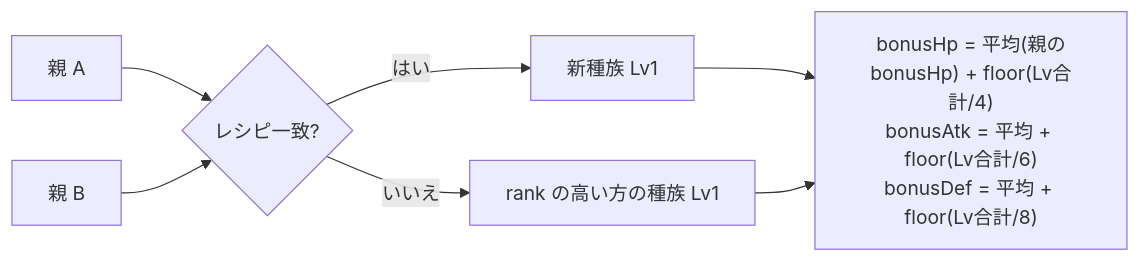
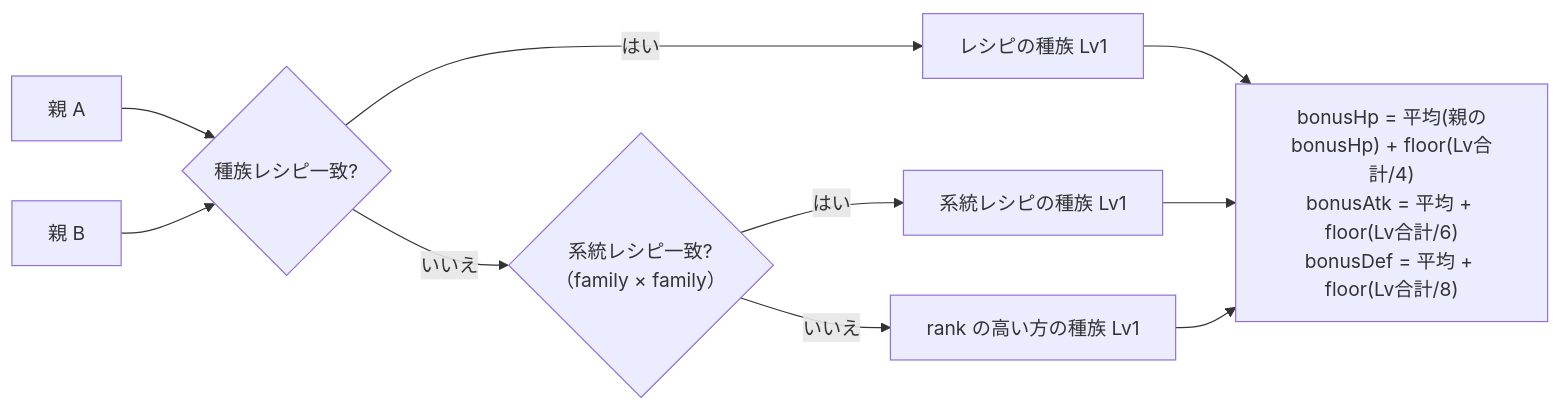
Before and after one commit to nitou-kanazawa/demo-web-MysteryDungeon: the third of 3 diagrams in docs/07_仲間システム.md, drawn with Mermaid. The commit also changed other lines of this file and 14 other files, not shown here.

````diff
--- a/docs/07_仲間システム.md
+++ b/docs/07_仲間システム.md
@@ -116,8 +126,10 @@
 ```mermaid
 flowchart LR
-  A["親 A"] --> R{"レシピ一致?"}
-  B["親 B"] --> R
-  R -->|はい| C1["新種族 Lv1"]
-  R -->|いいえ| C2["rank の高い方の種族 Lv1"]
-  C1 & C2 --> BONUS["bonusHp = 平均(親のbonusHp) + floor(Lv合計/4)<br/>bonusAtk = 平均 + floor(Lv合計/6)<br/>bonusDef = 平均 + floor(Lv合計/8)"]
+  A["親 A"] --> R1{"種族レシピ一致?"}
+  B["親 B"] --> R1
+  R1 -->|はい| C1["レシピの種族 Lv1"]
+  R1 -->|いいえ| R2{"系統レシピ一致?<br/>（family × family）"}
+  R2 -->|はい| C2["系統レシピの種族 Lv1"]
+  R2 -->|いいえ| C3["rank の高い方の種族 Lv1"]
+  C1 & C2 & C3 --> BONUS["bonusHp = 平均(親のbonusHp) + floor(Lv合計/4)<br/>bonusAtk = 平均 + floor(Lv合計/6)<br/>bonusDef = 平均 + floor(Lv合計/8)"]
 ```
````
